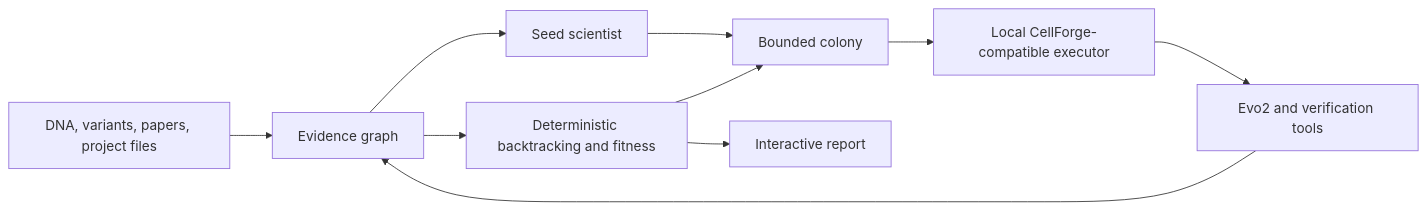
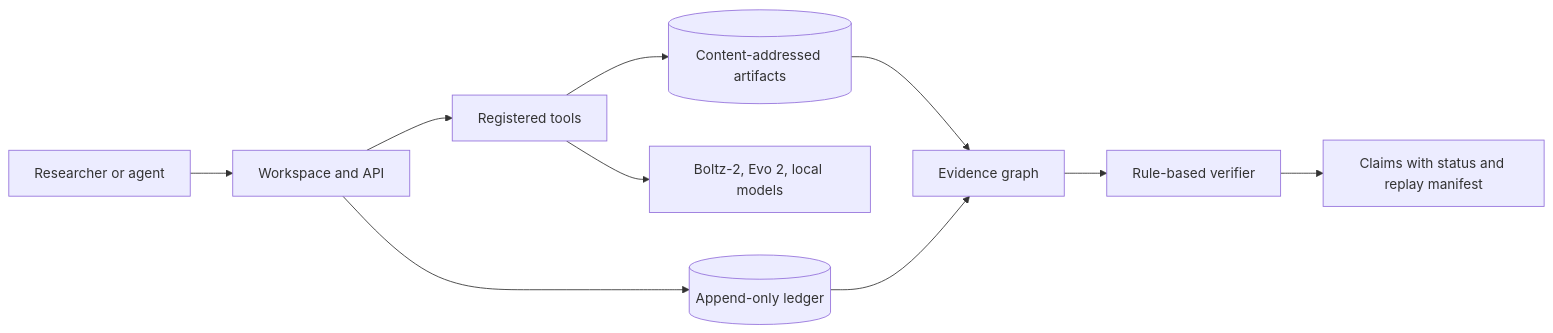
The diagram in README.md (srikarjy/concordia), drawn with Mermaid before and after one commit. The commit also changed other lines of this file and 15 other files, not shown here.

````diff
--- a/README.md
+++ b/README.md
@@ -49,12 +29,12 @@
 ```mermaid
 flowchart LR
-    I[DNA, variants, papers, project files] --> G[Evidence graph]
-    G --> S[Seed scientist]
-    S --> C[Bounded colony]
-    C --> F[Local CellForge-compatible executor]
-    F --> T[Evo2 and verification tools]
-    T --> G
-    G --> V[Deterministic backtracking and fitness]
-    V --> C
-    V --> R[Interactive report]
+    U[Researcher or agent] --> W[Workspace and API]
+    W --> L[(Append-only ledger)]
+    W --> T[Registered tools]
+    T --> M[Boltz-2, Evo 2, local models]
+    T --> A[(Content-addressed artifacts)]
+    A --> G[Evidence graph]
+    L --> G
+    G --> V[Rule-based verifier]
+    V --> R[Claims with status and replay manifest]
 ```
````
